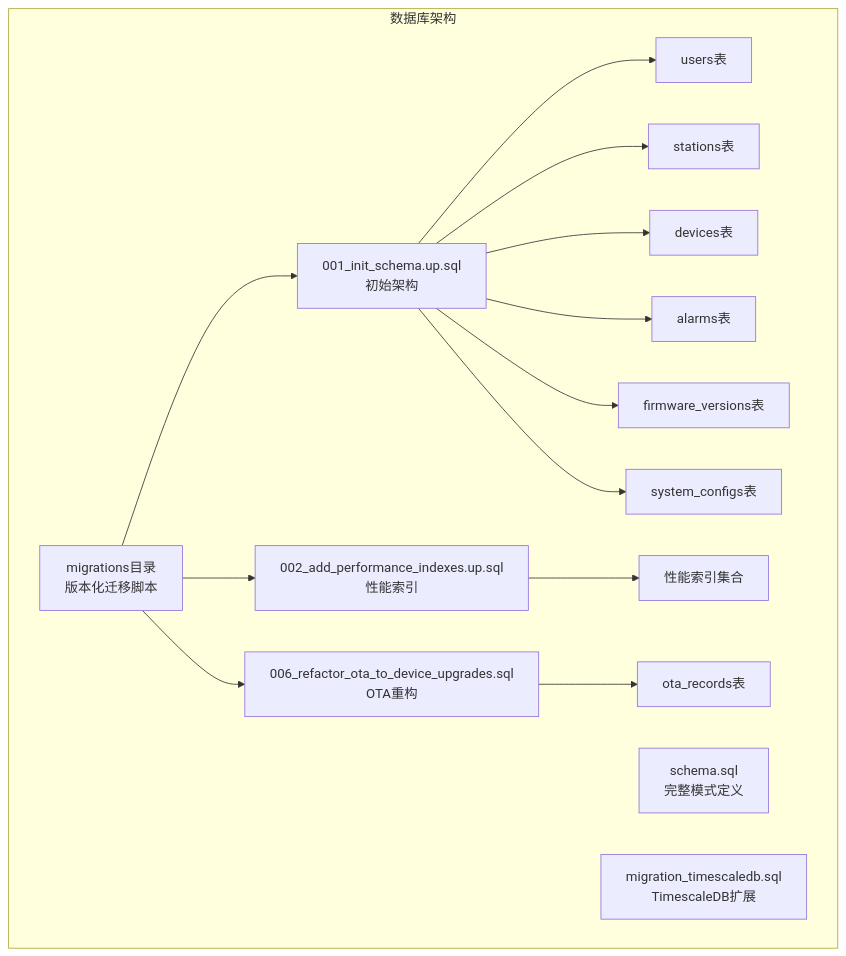
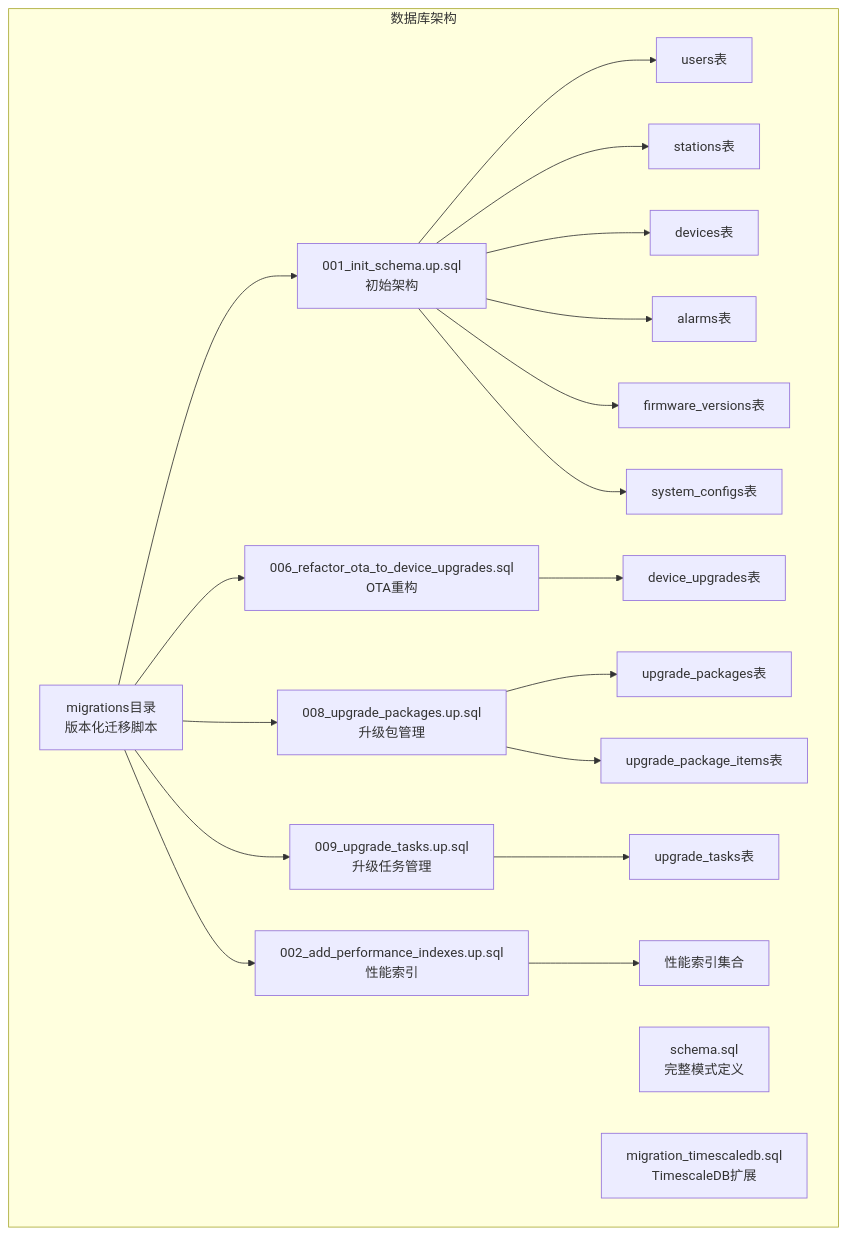
One commit to mcmrzy/cs_inv_monitor-develop changed the first of 5 diagrams in .qoder/repowiki/zh/content/数据库设计/核心表结构设计.md. Above: the diagram before and after it, drawn with Mermaid. The commit also changed other lines of this file and 128 other files, not shown here.

````diff
--- a/.qoder/repowiki/zh/content/数据库设计/核心表结构设计.md
+++ b/.qoder/repowiki/zh/content/数据库设计/核心表结构设计.md
@@ -31,19 +37,24 @@
 ```mermaid
 graph TB
 subgraph "数据库架构"
 MIG[migrations目录<br/>版本化迁移脚本]
 SCHEMA[schema.sql<br/>完整模式定义]
 TS[migration_timescaledb.sql<br/>TimescaleDB扩展]
 MIG --> INIT[001_init_schema.up.sql<br/>初始架构]
 MIG --> IDX[002_add_performance_indexes.up.sql<br/>性能索引]
 MIG --> OTA[006_refactor_ota_to_device_upgrades.sql<br/>OTA重构]
+MIG --> PKG[008_upgrade_packages.up.sql<br/>升级包管理]
+MIG --> TASK[009_upgrade_tasks.up.sql<br/>升级任务管理]
 INIT --> USERS[users表]
 INIT --> STATIONS[stations表]
 INIT --> DEVICES[devices表]
 INIT --> ALARMS[alarms表]
-INIT --> FIRMWARE[firmware_versions表]
+INIT --> FW[firmware_versions表]
 INIT --> CONFIGS[system_configs表]
+OTA --> DU[device_upgrades表]
+PKG --> UP[upgrade_packages表]
+PKG --> UPI[upgrade_package_items表]
+TASK --> UT[upgrade_tasks表]
 IDX --> PERF_IDX[性能索引集合]
-OTA --> OTA_TABLE[ota_records表]
 end
 ```
````
